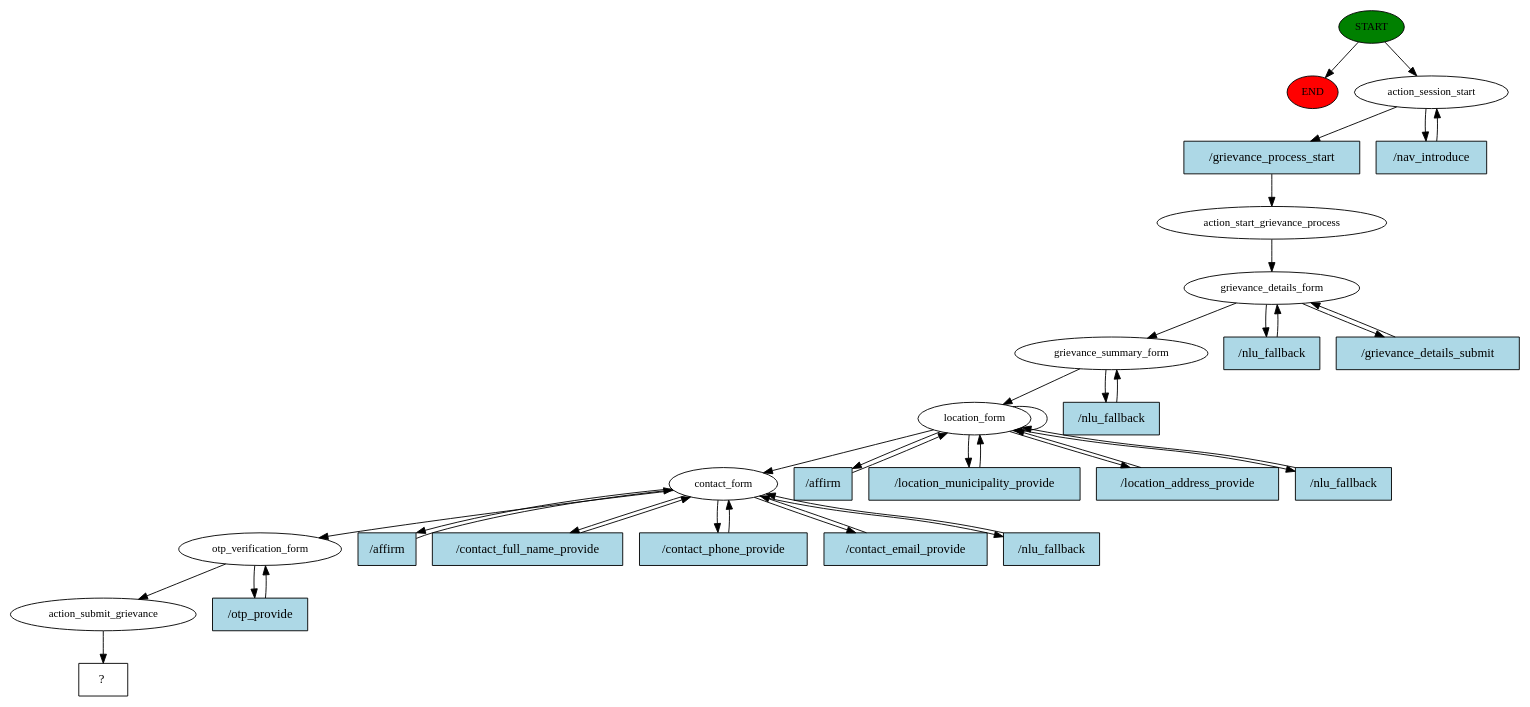
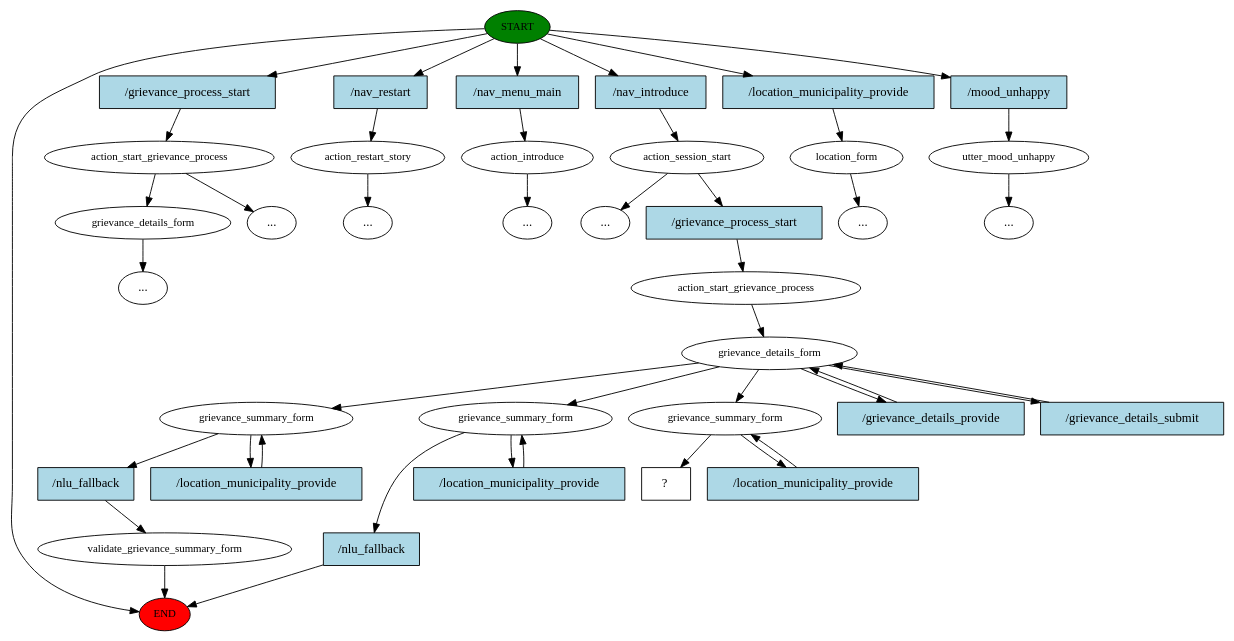
One commit to philgaeng/chatbot_ssh changed the diagram in story_graph.dot. Above: the diagram before and after it, drawn with Graphviz. The commit also changed 10 other files, not shown here.

```diff
--- a/story_graph.dot
+++ b/story_graph.dot
@@ -1,68 +1,82 @@
 digraph  {
 0 [class="start active", fillcolor=green, fontsize=12, label=START, style=filled];
 "-1" [class=end, fillcolor=red, fontsize=12, label=END, style=filled];
-1 [class=active, fontsize=12, label=action_session_start];
-3 [class=active, fontsize=12, label=action_start_grievance_process];
-4 [class=active, fontsize=12, label=grievance_details_form];
-7 [class=active, fontsize=12, label=grievance_summary_form];
-10 [class=active, fontsize=12, label=location_form];
-22 [class=active, fontsize=12, label=contact_form];
-28 [class=active, fontsize=12, label=otp_verification_form];
-30 [class=active, fontsize=12, label=action_submit_grievance];
-31 [class="intent dashed active", label="  ?  ", shape=rect];
-32 [class="intent active", fillcolor=lightblue, label="/grievance_process_start", shape=rect, style=filled];
-33 [class="intent active", fillcolor=lightblue, label="/nav_introduce", shape=rect, style=filled];
-34 [class="intent active", fillcolor=lightblue, label="/nlu_fallback", shape=rect, style=filled];
-35 [class="intent active", fillcolor=lightblue, label="/grievance_details_submit", shape=rect, style=filled];
-36 [class="intent active", fillcolor=lightblue, label="/nlu_fallback", shape=rect, style=filled];
-37 [class="intent active", fillcolor=lightblue, label="/affirm", shape=rect, style=filled];
-38 [class="intent active", fillcolor=lightblue, label="/location_municipality_provide", shape=rect, style=filled];
-39 [class="intent active", fillcolor=lightblue, label="/location_address_provide", shape=rect, style=filled];
-40 [class="intent active", fillcolor=lightblue, label="/nlu_fallback", shape=rect, style=filled];
-41 [class="intent active", fillcolor=lightblue, label="/affirm", shape=rect, style=filled];
-42 [class="intent active", fillcolor=lightblue, label="/contact_full_name_provide", shape=rect, style=filled];
-43 [class="intent active", fillcolor=lightblue, label="/contact_phone_provide", shape=rect, style=filled];
-44 [class="intent active", fillcolor=lightblue, label="/contact_email_provide", shape=rect, style=filled];
-45 [class="intent active", fillcolor=lightblue, label="/nlu_fallback", shape=rect, style=filled];
-46 [class="intent active", fillcolor=lightblue, label="/otp_provide", shape=rect, style=filled];
+1 [class="", fontsize=12, label=action_start_grievance_process];
+2 [class="", fontsize=12, label=grievance_details_form];
+3 [class="", fontsize=12, label=action_restart_story];
+"-4" [class=ellipsis, label="..."];
+4 [class="", fontsize=12, label=action_introduce];
+"-5" [class=ellipsis, label="..."];
+5 [class=active, fontsize=12, label=action_session_start];
+"-9" [class=ellipsis, label="..."];
+10 [class="", fontsize=12, label=location_form];
+"-11" [class=ellipsis, label="..."];
+"-12" [class=ellipsis, label="..."];
+12 [class="", fontsize=12, label=utter_mood_unhappy];
+"-14" [class=ellipsis, label="..."];
+"-17" [class=ellipsis, label="..."];
+21 [class=active, fontsize=12, label=action_start_grievance_process];
+22 [class=active, fontsize=12, label=grievance_details_form];
+25 [class="", fontsize=12, label=grievance_summary_form];
+27 [class="", fontsize=12, label=validate_grievance_summary_form];
+33 [class="", fontsize=12, label=grievance_summary_form];
+40 [class=active, fontsize=12, label=grievance_summary_form];
+42 [class="intent dashed active", label="  ?  ", shape=rect];
+43 [class=intent, fillcolor=lightblue, label="/grievance_process_start", shape=rect, style=filled];
+44 [class=intent, fillcolor=lightblue, label="/nav_restart", shape=rect, style=filled];
+45 [class=intent, fillcolor=lightblue, label="/nav_menu_main", shape=rect, style=filled];
+46 [class="intent active", fillcolor=lightblue, label="/nav_introduce", shape=rect, style=filled];
+47 [class=intent, fillcolor=lightblue, label="/location_municipality_provide", shape=rect, style=filled];
+48 [class=intent, fillcolor=lightblue, label="/mood_unhappy", shape=rect, style=filled];
+49 [class="intent active", fillcolor=lightblue, label="/grievance_process_start", shape=rect, style=filled];
+50 [class="intent active", fillcolor=lightblue, label="/grievance_details_provide", shape=rect, style=filled];
+51 [class="intent active", fillcolor=lightblue, label="/grievance_details_submit", shape=rect, style=filled];
+52 [class=intent, fillcolor=lightblue, label="/nlu_fallback", shape=rect, style=filled];
+53 [class=intent, fillcolor=lightblue, label="/location_municipality_provide", shape=rect, style=filled];
+54 [class=intent, fillcolor=lightblue, label="/nlu_fallback", shape=rect, style=filled];
+55 [class=intent, fillcolor=lightblue, label="/location_municipality_provide", shape=rect, style=filled];
+56 [class="intent active", fillcolor=lightblue, label="/location_municipality_provide", shape=rect, style=filled];
 0 -> "-1"  [class="", key=NONE, label=""];
-0 -> 1  [class=active, key=NONE, label=""];
-1 -> 32  [class=active, key=0];
-1 -> 33  [class=active, key=0];
-3 -> 4  [class=active, key=NONE, label=""];
-4 -> 7  [class=active, key=NONE, label=""];
-4 -> 34  [class=active, key=0];
-4 -> 35  [class=active, key=0];
-7 -> 10  [class=active, key=NONE, label=""];
-7 -> 36  [class=active, key=0];
-10 -> 10  [class=active, key=NONE, label=""];
-10 -> 22  [class=active, key=NONE, label=""];
-10 -> 37  [class=active, key=0];
-10 -> 38  [class=active, key=0];
-10 -> 39  [class=active, key=0];
-10 -> 40  [class=active, key=0];
-22 -> 28  [class=active, key=NONE, label=""];
-22 -> 41  [class=active, key=0];
-22 -> 42  [class=active, key=0];
-22 -> 43  [class=active, key=0];
-22 -> 44  [class=active, key=0];
-22 -> 45  [class=active, key=0];
-28 -> 30  [class=active, key=NONE, label=""];
-28 -> 46  [class=active, key=0];
-30 -> 31  [class=active, key=NONE, label=""];
-32 -> 3  [class=active, key=0];
-33 -> 1  [class=active, key=0];
-34 -> 4  [class=active, key=0];
-35 -> 4  [class=active, key=0];
-36 -> 7  [class=active, key=0];
-37 -> 10  [class=active, key=0];
-38 -> 10  [class=active, key=0];
-39 -> 10  [class=active, key=0];
-40 -> 10  [class=active, key=0];
-41 -> 22  [class=active, key=0];
-42 -> 22  [class=active, key=0];
-43 -> 22  [class=active, key=0];
-44 -> 22  [class=active, key=0];
-45 -> 22  [class=active, key=0];
-46 -> 28  [class=active, key=0];
+0 -> 43  [class="", key=0];
+0 -> 44  [class="", key=0];
+0 -> 45  [class="", key=0];
+0 -> 46  [class=active, key=0];
+0 -> 47  [class="", key=0];
+0 -> 48  [class="", key=0];
+1 -> 2  [class="", key=NONE, label=""];
+1 -> "-12"  [class="", key=NONE, label=""];
+2 -> "-17"  [class="", key=NONE, label=""];
+3 -> "-4"  [class="", key=NONE, label=""];
+4 -> "-5"  [class="", key=NONE, label=""];
+5 -> "-9"  [class="", key=NONE, label=""];
+5 -> 49  [class=active, key=0];
+10 -> "-11"  [class="", key=NONE, label=""];
+12 -> "-14"  [class="", key=NONE, label=""];
+21 -> 22  [class=active, key=NONE, label=""];
+22 -> 25  [class="", key=NONE, label=""];
+22 -> 33  [class="", key=NONE, label=""];
+22 -> 40  [class=active, key=NONE, label=""];
+22 -> 50  [class=active, key=0];
+22 -> 51  [class=active, key=0];
+25 -> 52  [class="", key=0];
+25 -> 53  [class="", key=0];
+27 -> "-1"  [class="", key=NONE, label=""];
+33 -> 54  [class="", key=0];
+33 -> 55  [class="", key=0];
+40 -> 42  [class=active, key=NONE, label=""];
+40 -> 56  [class=active, key=0];
+43 -> 1  [class="", key=0];
+44 -> 3  [class="", key=0];
+45 -> 4  [class="", key=0];
+46 -> 5  [class=active, key=0];
+47 -> 10  [class="", key=0];
+48 -> 12  [class="", key=0];
+49 -> 21  [class=active, key=0];
+50 -> 22  [class=active, key=0];
+51 -> 22  [class=active, key=0];
+52 -> 27  [class="", key=0];
+53 -> 25  [class="", key=0];
+54 -> "-1"  [class="", key=0];
+55 -> 33  [class="", key=0];
+56 -> 40  [class=active, key=0];
 }
```
